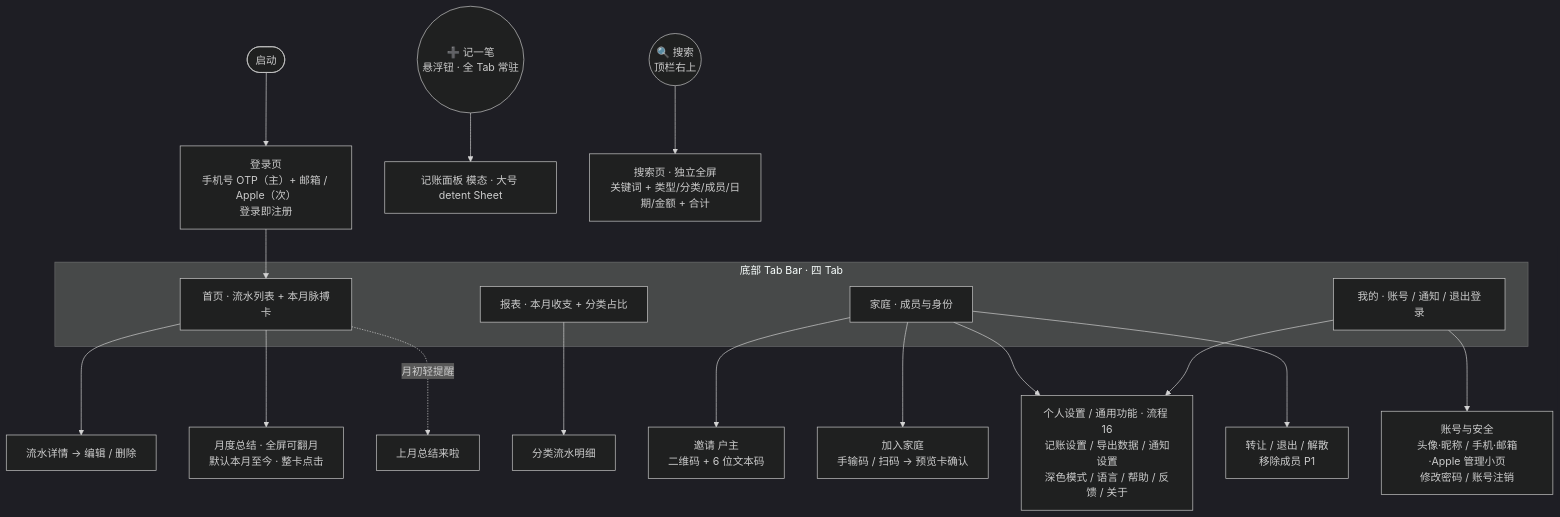
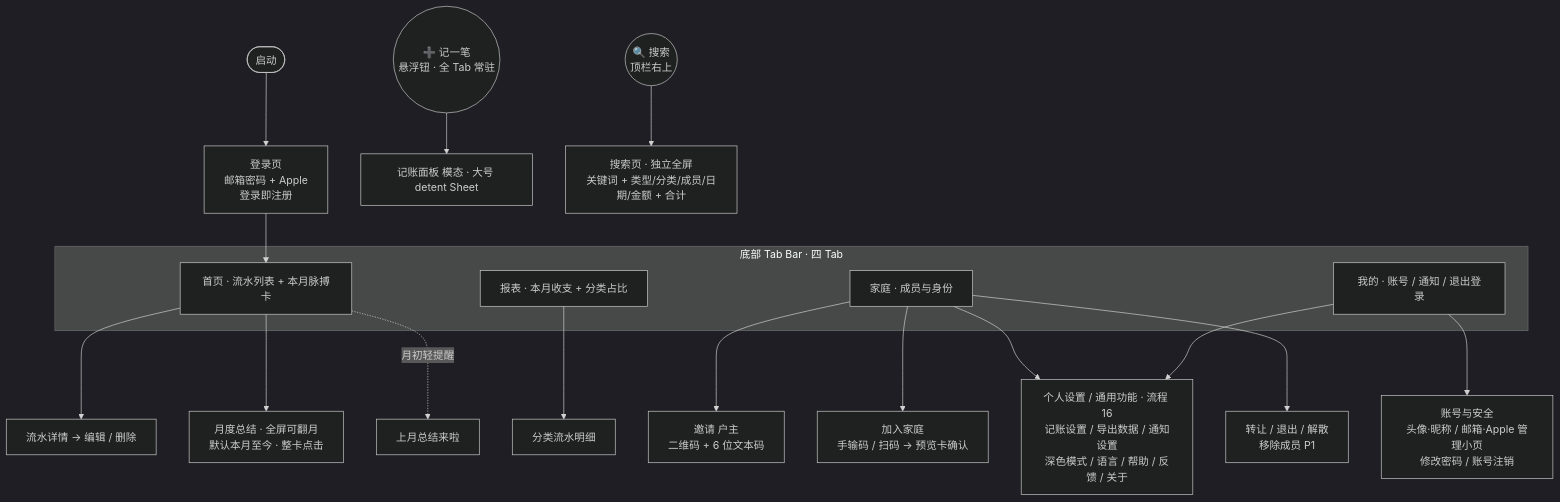
The diagram in docs/IA.md (raochen0000/HomeBook), drawn with Mermaid (dark theme) before and after one commit. The commit also changed other lines of this file and 25 other files, not shown here.

````diff
--- a/docs/IA.md
+++ b/docs/IA.md
@@ -49,32 +49,32 @@
 ```mermaid
 flowchart TD
-    Start([启动]) --> Login[登录页<br/>手机号 OTP（主）+ 邮箱 / Apple（次）<br/>登录即注册]
+    Start([启动]) --> Login[登录页<br/>邮箱密码 + Apple<br/>登录即注册]
     Login --> Home
 
     subgraph 主框架[底部 Tab Bar · 四 Tab]
       Home[首页 · 流水列表 + 本月脉搏卡]
       Report[报表 · 本月收支 + 分类占比]
       Family[家庭 · 成员与身份]
       Mine[我的 · 账号 / 通知 / 退出登录]
     end
 
     Add((➕ 记一笔<br/>悬浮钮 · 全 Tab 常驻))
     Search((🔍 搜索<br/>顶栏右上))
 
     Home --> Detail[流水详情 → 编辑 / 删除]
     Home --> Summary[月度总结 · 全屏可翻月<br/>默认本月至今 · 整卡点击]
     Home -.月初轻提醒.-> SummaryRemind[上月总结来啦]
 
     Add --> AddPanel[记账面板 模态 · 大号 detent Sheet]
     Search --> SearchPage[搜索页 · 独立全屏<br/>关键词 + 类型/分类/成员/日期/金额 + 合计]
 
     Report --> CatList[分类流水明细]
 
     Family --> Invite[邀请 户主<br/>二维码 + 6 位文本码]
     Family --> Join[加入家庭<br/>手输码 / 扫码 → 预览卡确认]
     Family --> Settings[家庭设置 户主<br/>改家庭名 / 封面]
     Family --> Manage[转让 / 退出 / 解散<br/>移除成员 P1]
 
-    Mine --> Account[账号与安全<br/>头像·昵称 / 手机·邮箱·Apple 管理小页<br/>修改密码 / 账号注销]
+    Mine --> Account[账号与安全<br/>头像·昵称 / 邮箱·Apple 管理小页<br/>修改密码 / 账号注销]
     Mine --> Settings[个人设置 / 通用功能 · 流程 16<br/>记账设置 / 导出数据 / 通知设置<br/>深色模式 / 语言 / 帮助 / 反馈 / 关于]
 ```
````
